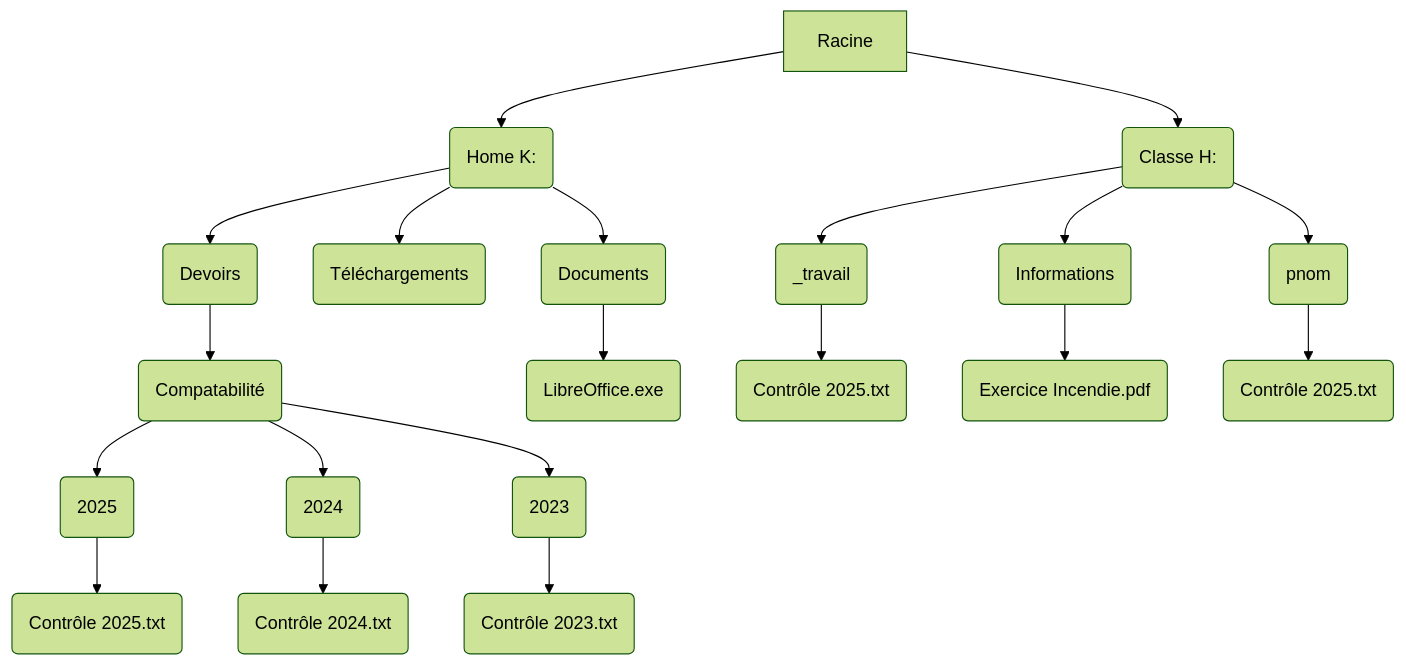
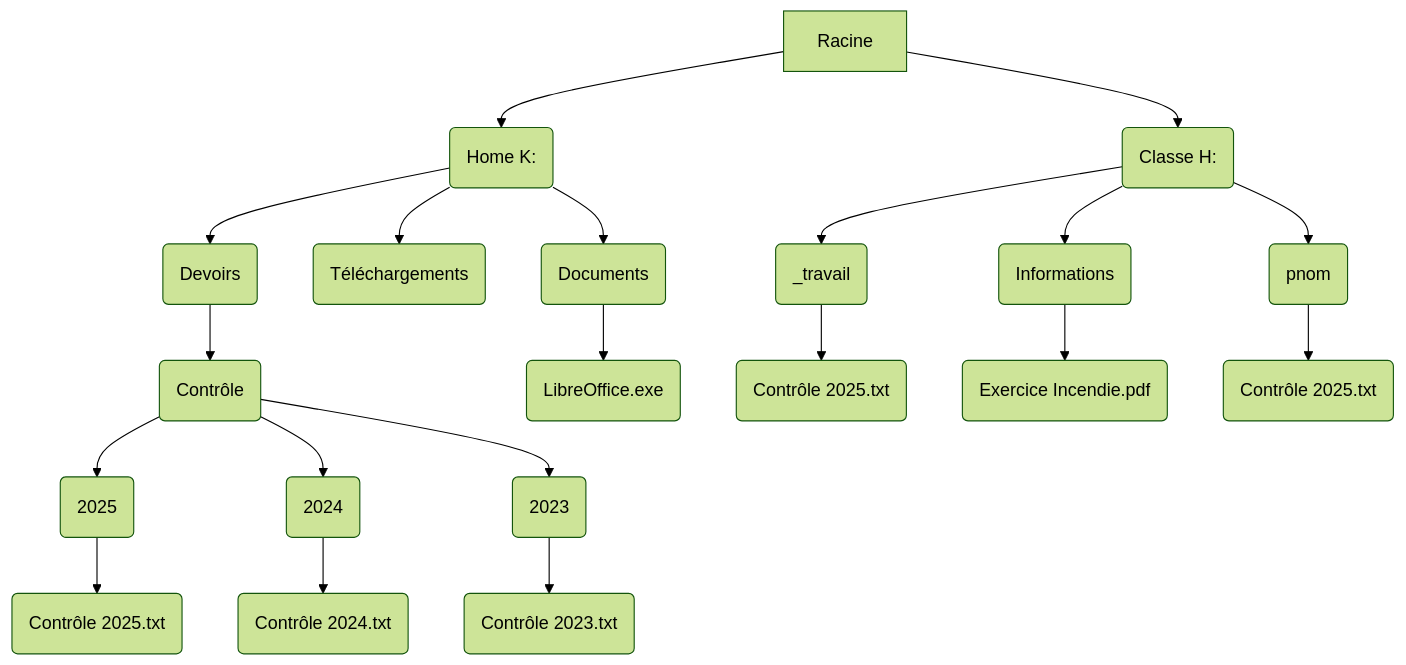
The diagram in docs/5eTechno/numerique/exercicesNum.md (dubois-svt/courssvt), drawn with Mermaid (forest theme) before and after one commit. The commit also changed other lines of this file and 6 other files, not shown here.

````diff
--- a/docs/5eTechno/numerique/exercicesNum.md
+++ b/docs/5eTechno/numerique/exercicesNum.md
@@ -61,25 +62,25 @@
 ``` mermaid
 
 flowchart TD
     A[Racine] --> B(Home K:)
     A --> C(Classe H:)
     B --> D(Devoirs)
     B --> F(Téléchargements)
     C --> G(_travail)
     G --> Q(Contrôle 2025.txt)
     C --> H(Informations)
     H --> P(Exercice Incendie.pdf)
     
     E --> O(LibreOffice.exe)
     B --> E(Documents)
-    D --> I(Compatabilité) 
+    D --> I(Contrôle) 
     C --> J(pnom)
     J --> T(Contrôle 2025.txt)
     I --> K(2025)
     I --> L(2024)
     I --> M(2023)
     M --> N(Contrôle 2023.txt)
     K --> R(Contrôle 2025.txt)
     L --> S(Contrôle 2024.txt)
 
 ```
````
